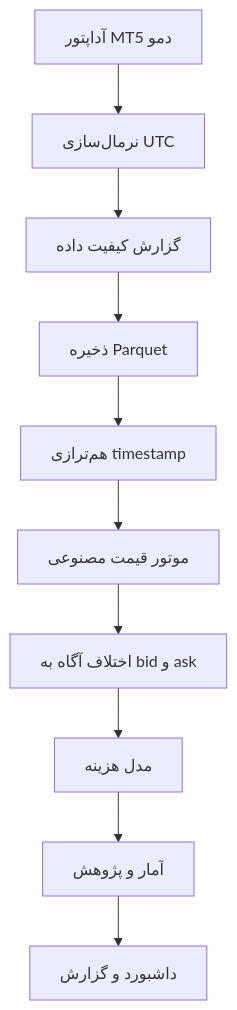
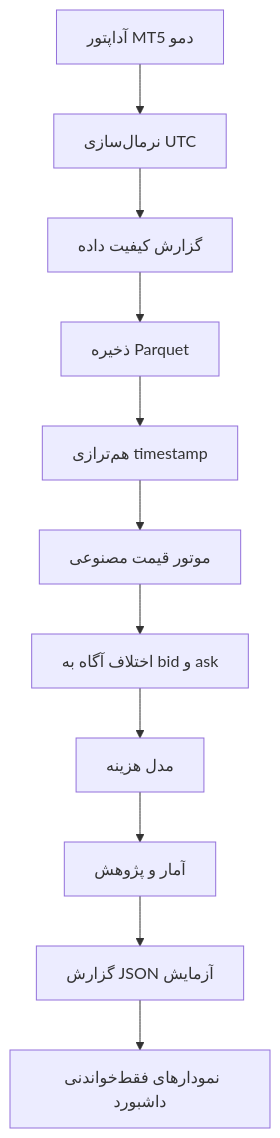
One commit to ybagheri/market-relationship-discovery changed the diagram in docs/architecture/DATA_FLOW.fa.md. Above: the diagram before and after it, drawn with Mermaid. The commit also changed other lines of this file and 22 other files, not shown here.

Commit message:
feat: add interactive research dashboard charts

````diff
--- a/docs/architecture/DATA_FLOW.fa.md
+++ b/docs/architecture/DATA_FLOW.fa.md
@@ -3,12 +3,13 @@
 ```mermaid
 flowchart TD
     MT5[آداپتور MT5 دمو] --> Normalize[نرمال‌سازی UTC]
     Normalize --> Quality[گزارش کیفیت داده]
     Quality --> Storage[ذخیره Parquet]
     Storage --> Align[هم‌ترازی timestamp]
     Align --> Synthetic[موتور قیمت مصنوعی]
     Synthetic --> Discrepancy[اختلاف آگاه به bid و ask]
     Discrepancy --> Costs[مدل هزینه]
     Costs --> Research[آمار و پژوهش]
-    Research --> Report[داشبورد و گزارش]
+    Research --> Report[گزارش JSON آزمایش]
+    Report --> Dashboard[نمودارهای فقط‌خواندنی داشبورد]
 ```
````
